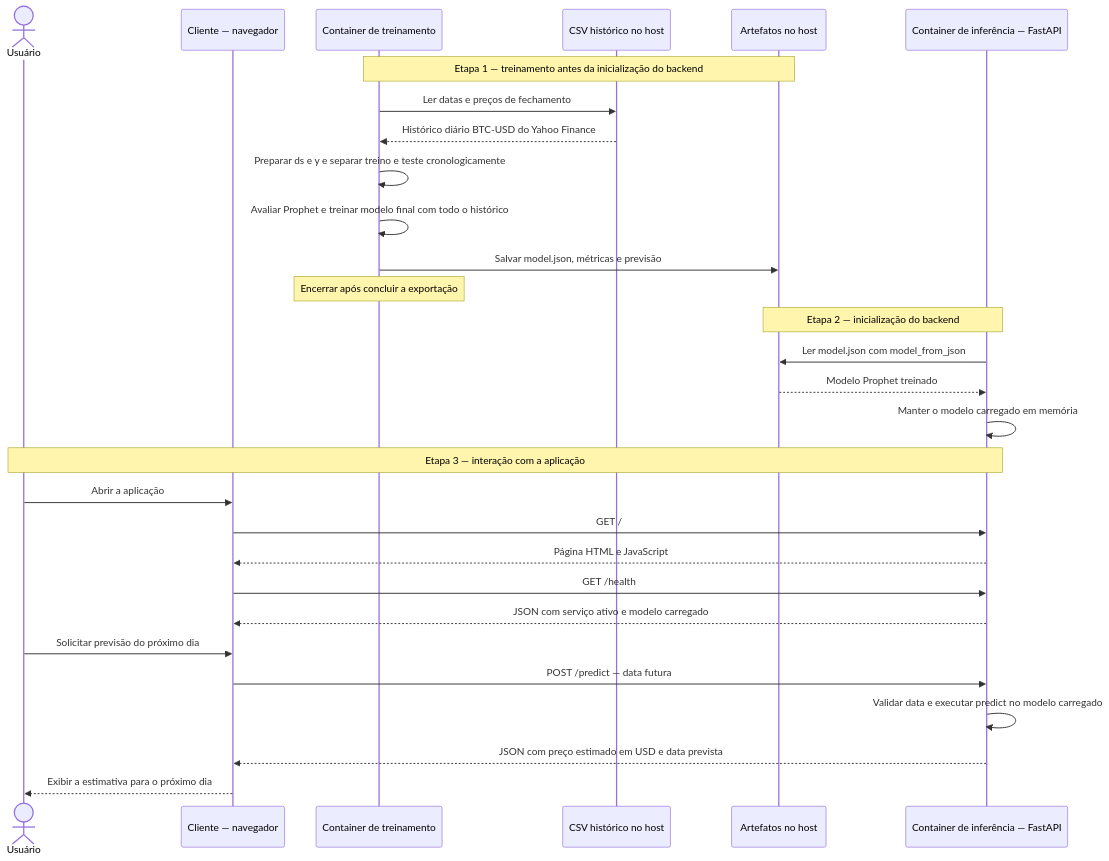
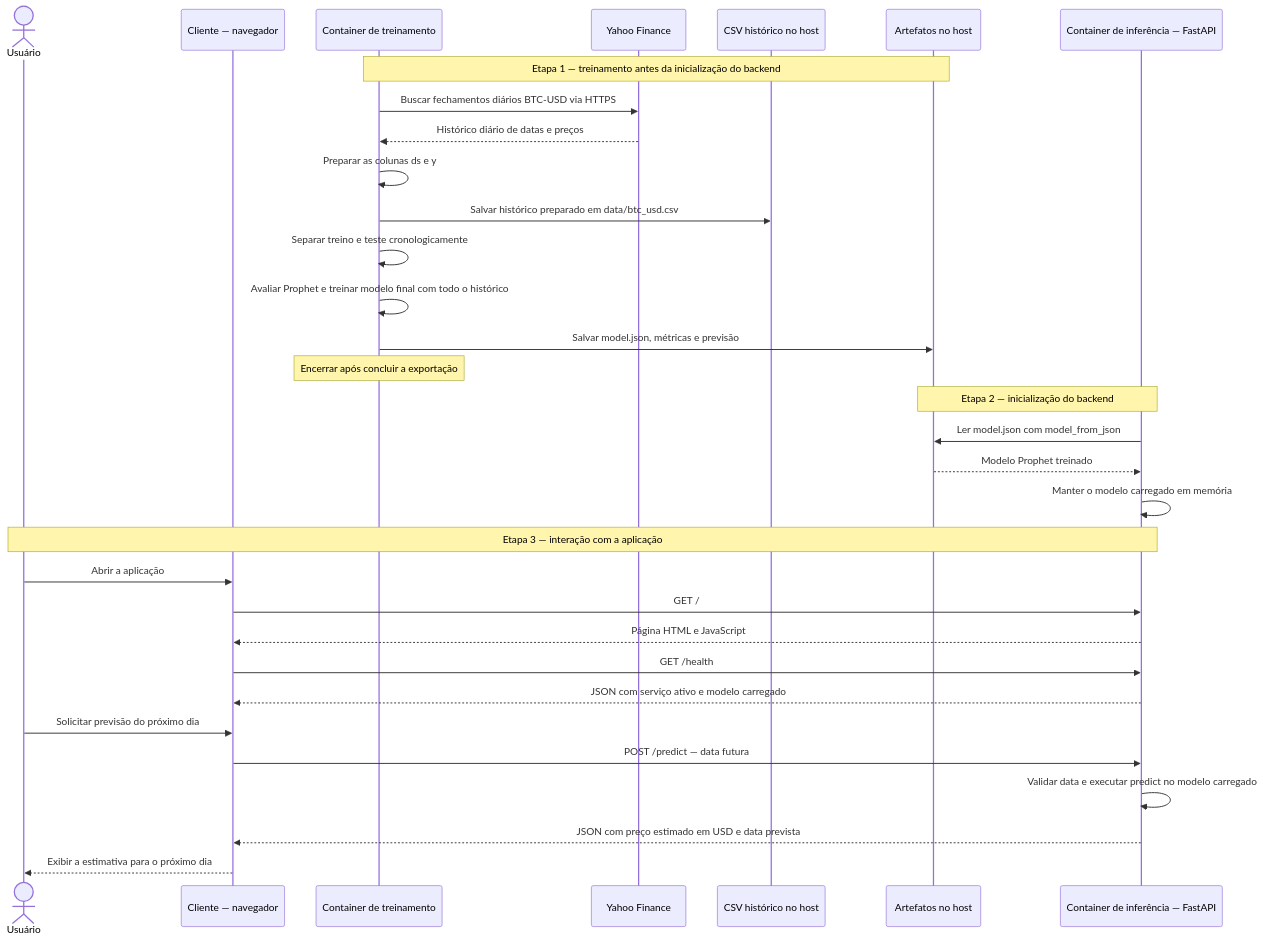
Before and after one commit to cauetaddeo/ponderada-Pevisao-Bitcoin: the second of 2 diagrams in README.md, drawn with Mermaid. The commit also changed other lines of this file and 4 other files, not shown here.

````diff
--- a/README.md
+++ b/README.md
@@ -46,34 +48,37 @@
 ```mermaid
 sequenceDiagram
     actor Usuario as Usuário
     participant Cliente as Cliente — navegador
     participant Treino as Container de treinamento
+    participant Yahoo as Yahoo Finance
     participant CSV as CSV histórico no host
     participant Artefato as Artefatos no host
     participant API as Container de inferência — FastAPI
 
     Note over Treino,Artefato: Etapa 1 — treinamento antes da inicialização do backend
-    Treino->>CSV: Ler datas e preços de fechamento
-    CSV-->>Treino: Histórico diário BTC-USD do Yahoo Finance
-    Treino->>Treino: Preparar ds e y e separar treino e teste cronologicamente
+    Treino->>Yahoo: Buscar fechamentos diários BTC-USD via HTTPS
+    Yahoo-->>Treino: Histórico diário de datas e preços
+    Treino->>Treino: Preparar as colunas ds e y
+    Treino->>CSV: Salvar histórico preparado em data/btc_usd.csv
+    Treino->>Treino: Separar treino e teste cronologicamente
     Treino->>Treino: Avaliar Prophet e treinar modelo final com todo o histórico
     Treino->>Artefato: Salvar model.json, métricas e previsão
     Note over Treino: Encerrar após concluir a exportação
 
     Note over Artefato,API: Etapa 2 — inicialização do backend
     API->>Artefato: Ler model.json com model_from_json
     Artefato-->>API: Modelo Prophet treinado
     API->>API: Manter o modelo carregado em memória
 
     Note over Usuario,API: Etapa 3 — interação com a aplicação
     Usuario->>Cliente: Abrir a aplicação
     Cliente->>API: GET /
     API-->>Cliente: Página HTML e JavaScript
     Cliente->>API: GET /health
     API-->>Cliente: JSON com serviço ativo e modelo carregado
     Usuario->>Cliente: Solicitar previsão do próximo dia
     Cliente->>API: POST /predict — data futura
     API->>API: Validar data e executar predict no modelo carregado
     API-->>Cliente: JSON com preço estimado em USD e data prevista
     Cliente-->>Usuario: Exibir a estimativa para o próximo dia
 ```
````
